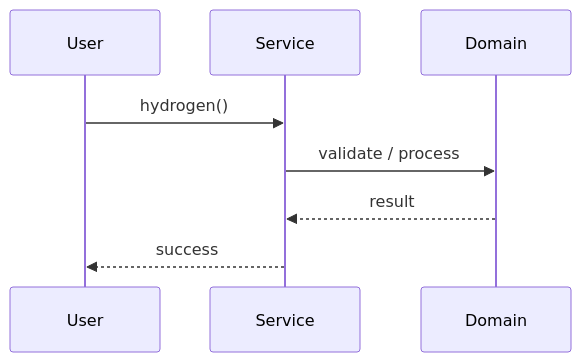
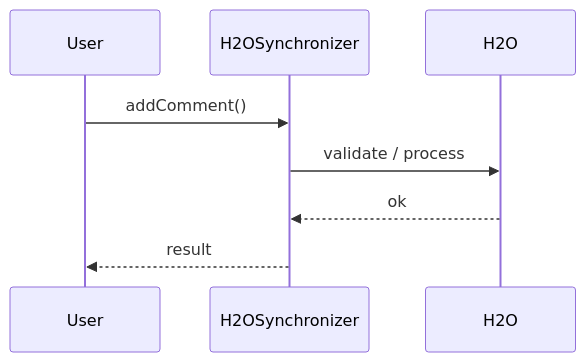
One commit to madhupaila/Interview-Prep-SSE changed the second of 3 diagrams in Learn/System Design - Low Level Design/04-concurrency-lld/questions/Q10-h2o-barrier.md. Above: the diagram before and after it, drawn with Mermaid. The commit also changed other lines of this file and 491 other files, not shown here.

````diff
--- a/Learn/System Design - Low Level Design/04-concurrency-lld/questions/Q10-h2o-barrier.md
+++ b/Learn/System Design - Low Level Design/04-concurrency-lld/questions/Q10-h2o-barrier.md
@@ -119,10 +146,10 @@
 ```mermaid
 sequenceDiagram
-    participant U as User
-    participant S as Service
-    participant D as Domain
-    U->>S: hydrogen()
-    S->>D: validate / process
-    D-->>S: result
-    S-->>U: success
+participant U as User
+participant S as H2OSynchronizer
+participant D as H2O
+U->>S: addComment()
+S->>D: validate / process
+D-->>S: ok
+S-->>U: result
 ```
````
